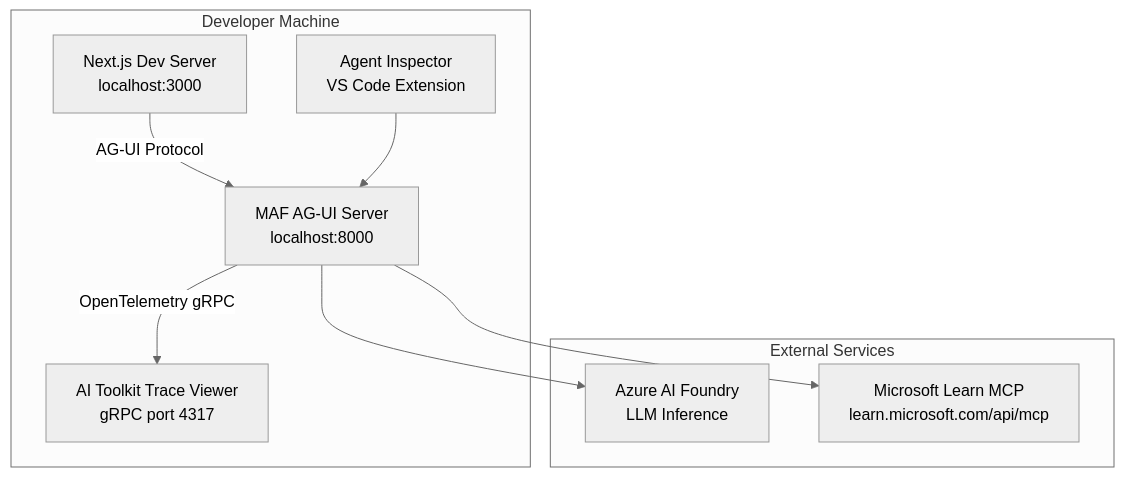
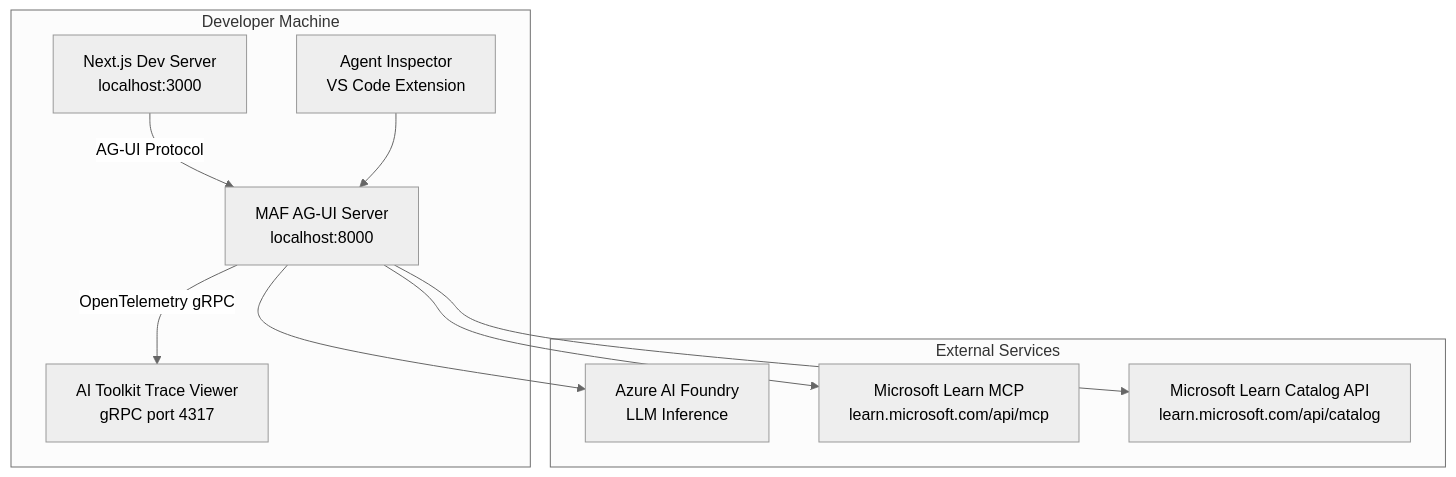
Before and after one commit to fernandosalomao/certinator-ai: diagram 12 of 14 in ARCHITECTURE.md, drawn with Mermaid (neutral theme). The commit also changed other lines of this file, not shown here.

Commit message:
Updated Architecture Doc

````diff
--- a/ARCHITECTURE.md
+++ b/ARCHITECTURE.md
@@ -472,20 +814,22 @@
 ```mermaid
 graph TB
     subgraph "Developer Machine"
         FE[Next.js Dev Server<br/>localhost:3000]
         BE[MAF AG-UI Server<br/>localhost:8000]
         OTEL[AI Toolkit Trace Viewer<br/>gRPC port 4317]
         INSPECTOR[Agent Inspector<br/>VS Code Extension]
     end
 
     subgraph "External Services"
         FOUNDRY[Azure AI Foundry<br/>LLM Inference]
         MCP_SVC[Microsoft Learn MCP<br/>learn.microsoft.com/api/mcp]
+        CATALOG_SVC[Microsoft Learn Catalog API<br/>learn.microsoft.com/api/catalog]
     end
 
     FE -- "AG-UI Protocol" --> BE
     BE -- "OpenTelemetry gRPC" --> OTEL
     BE --> FOUNDRY
     BE --> MCP_SVC
+    BE --> CATALOG_SVC
     INSPECTOR --> BE
 ```
````
